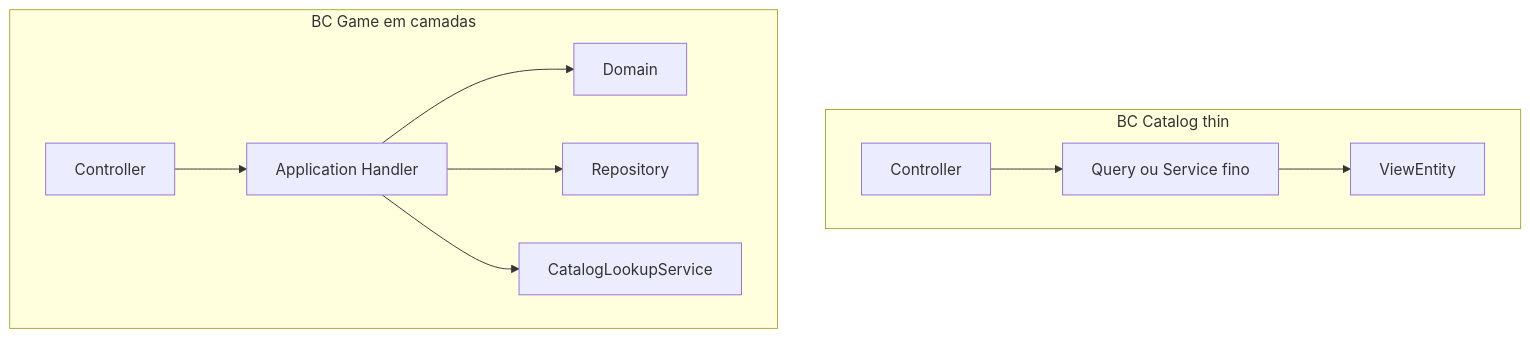
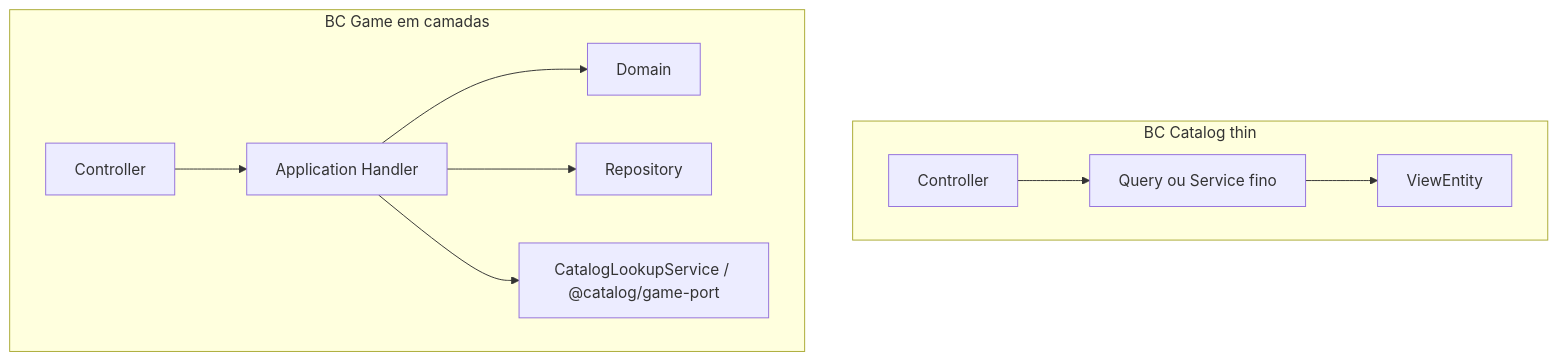
One commit to Lucas-PB1/dnd-back changed the second of 2 diagrams in docs/architecture/architecture.md. Above: the diagram before and after it, drawn with Mermaid. The commit also changed other lines of this file and 41 other files, not shown here.

````diff
--- a/docs/architecture/architecture.md
+++ b/docs/architecture/architecture.md
@@ -126,19 +127,19 @@
 ```mermaid
 flowchart TB
   subgraph catalog [BC Catalog thin]
     CC[Controller]
     CQ[Query ou Service fino]
     VE[ViewEntity]
     CC --> CQ --> VE
   end
 
   subgraph game [BC Game em camadas]
     GC[Controller]
     H[Application Handler]
     D[Domain]
     R[Repository]
     GC --> H --> D
     H --> R
-    H --> CL[CatalogLookupService]
+    H --> CL[CatalogLookupService / @catalog/game-port]
   end
 ```
````
